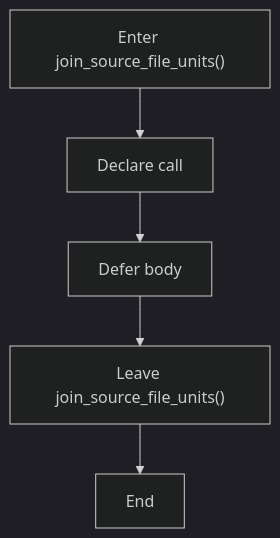
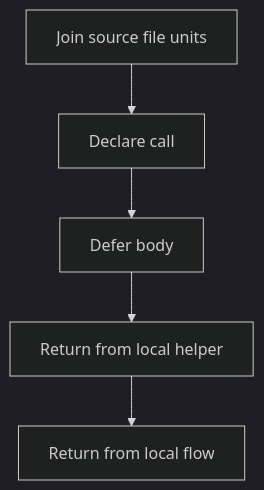
One commit to JohnAndrewBalbarosa/NeoTerritory changed the second of 5 diagrams in docs/Codebase/Microservice/Modules/Header/SyntacticBrokenAST/Analysis/Input/source_reader.hpp.md. Above: the diagram before and after it, drawn with Mermaid (dark theme). The commit also changed other lines of this file and 925 other files, not shown here.

````diff
--- a/docs/Codebase/Microservice/Modules/Header/SyntacticBrokenAST/Analysis/Input/source_reader.hpp.md
+++ b/docs/Codebase/Microservice/Modules/Header/SyntacticBrokenAST/Analysis/Input/source_reader.hpp.md
@@ -56,12 +55,12 @@
 ```mermaid
 flowchart TD
-    N0["Enter join_source_file_units()"]
+    N0["Join source file units"]
     N1["Declare call"]
     N2["Defer body"]
-    N3["Leave join_source_file_units()"]
-    N4["End"]
+    N3["Return from local helper"]
+    N4["Return from local flow"]
     N0 --> N1
     N1 --> N2
     N2 --> N3
     N3 --> N4
 ```
````
